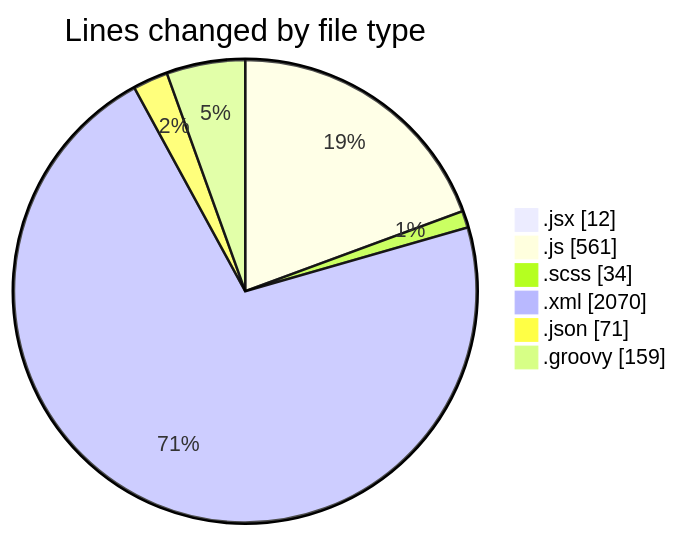
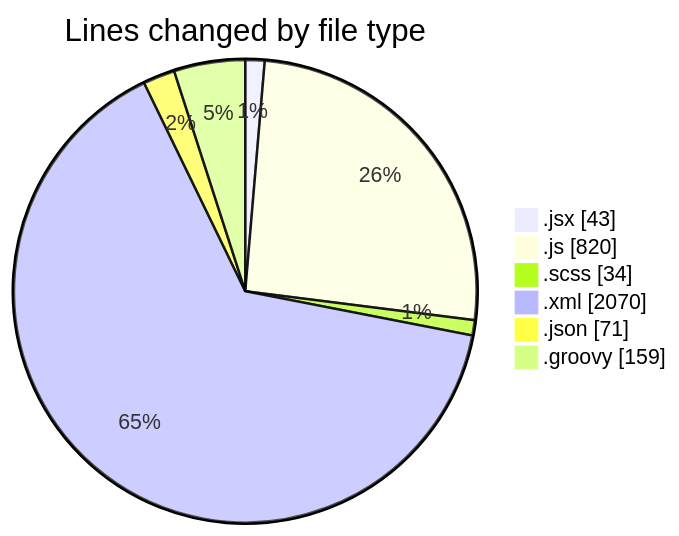
The first of 2 diagrams in 2026-02-26/cda/README.md (momahboobian/code-tracking), drawn with Mermaid before and after one commit. The commit also changed other lines of this file and 1 other file, not shown here.

````diff
--- a/2026-02-26/cda/README.md
+++ b/2026-02-26/cda/README.md
@@ -27,10 +27,10 @@
 ```mermaid
 pie showData
 title Lines changed by file type
-".jsx" : 12
-".js" : 561
+".jsx" : 43
+".js" : 820
 ".scss" : 34
 ".xml" : 2070
 ".json" : 71
 ".groovy" : 159
 ```
````
